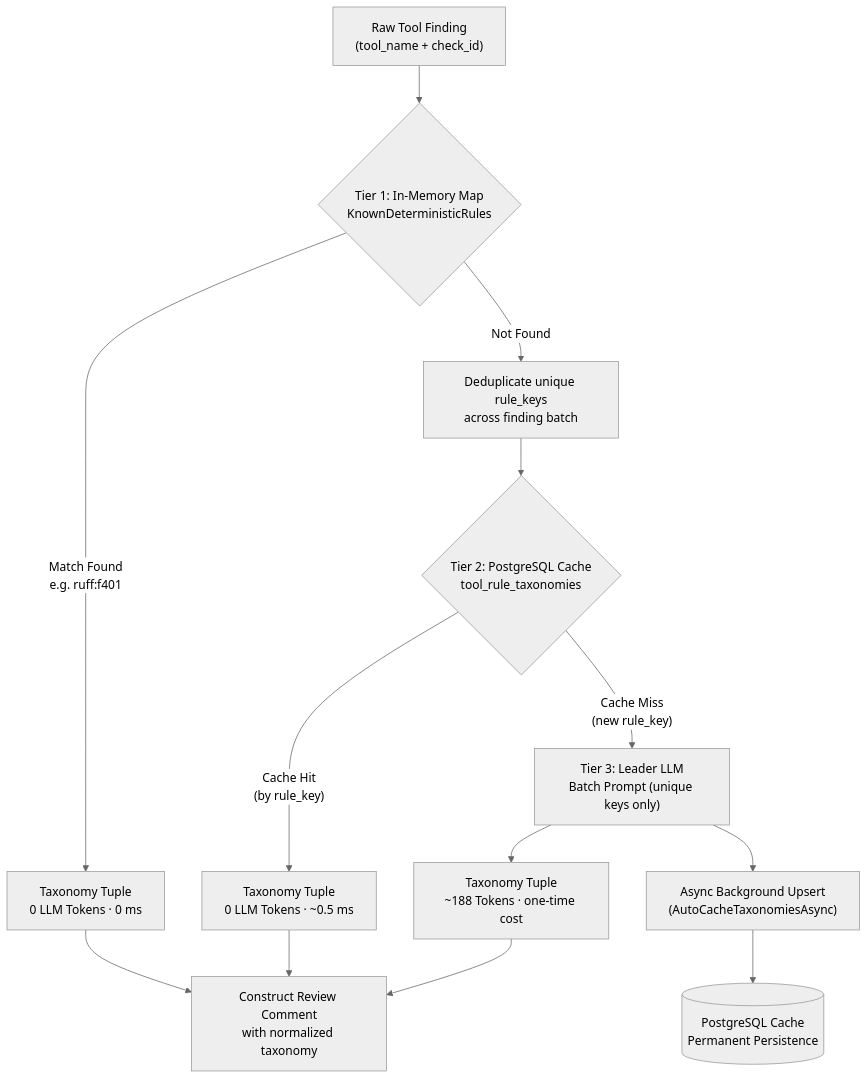
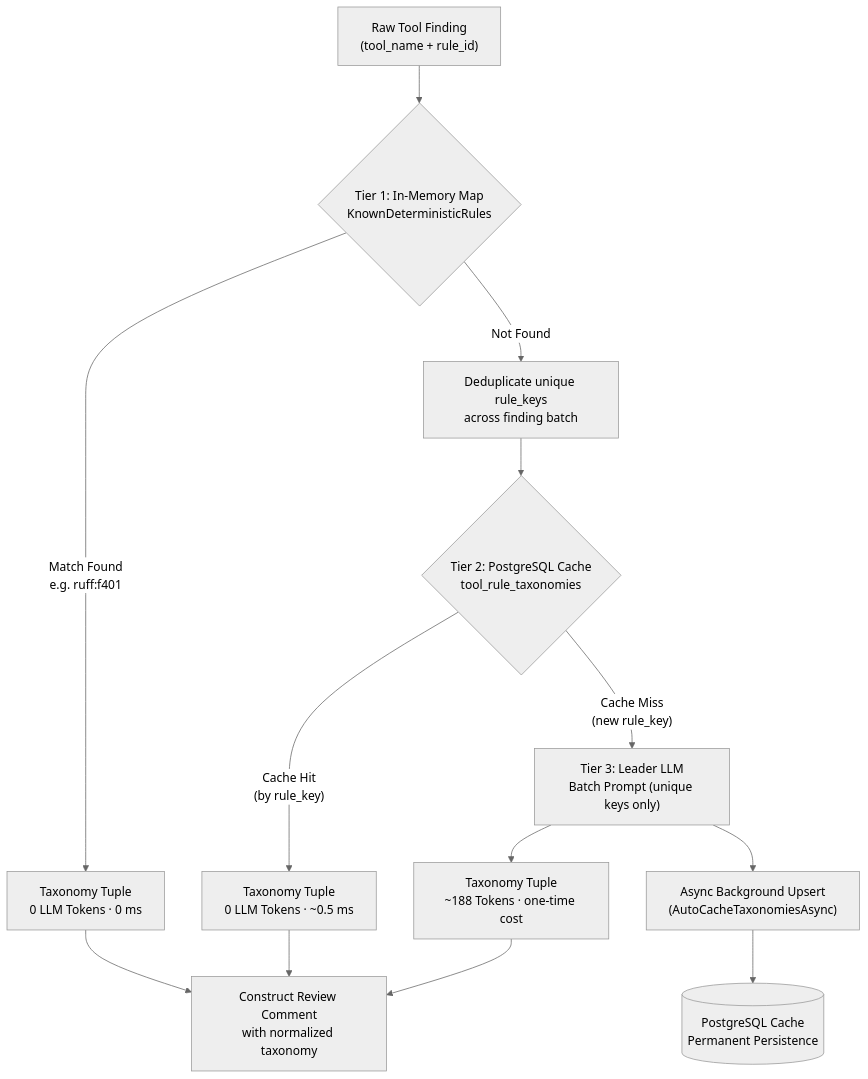
One commit to HexmosTech/LiveReview changed the second of 2 diagrams in docs/tools/tools-integration-beta.md. Above: the diagram before and after it, drawn with Mermaid (neutral theme). The commit also changed other lines of this file and 16 other files, not shown here.

Commit message:
Extract Tool Credit Reset from Plan Change Flow

````diff
--- a/docs/tools/tools-integration-beta.md
+++ b/docs/tools/tools-integration-beta.md
@@ -113,18 +113,18 @@
 ```mermaid
 flowchart TD
-    RAW["Raw Tool Finding<br/>(tool_name + check_id)"] --> TIER1{"Tier 1: In-Memory Map<br/>KnownDeterministicRules"}
+    RAW["Raw Tool Finding<br/>(tool_name + rule_id)"] --> TIER1{"Tier 1: In-Memory Map<br/>KnownDeterministicRules"}
 
     TIER1 -->|"Match Found<br/>e.g. ruff:f401"| DONE1["Taxonomy Tuple<br/>0 LLM Tokens · 0 ms"]
     TIER1 -->|"Not Found"| DEDUPE["Deduplicate unique rule_keys<br/>across finding batch"]
 
     DEDUPE --> TIER2{"Tier 2: PostgreSQL Cache<br/>tool_rule_taxonomies"}
 
     TIER2 -->|"Cache Hit<br/>(by rule_key)"| DONE2["Taxonomy Tuple<br/>0 LLM Tokens · ~0.5 ms"]
     TIER2 -->|"Cache Miss<br/>(new rule_key)"| TIER3["Tier 3: Leader LLM<br/>Batch Prompt (unique keys only)"]
 
     TIER3 --> ASYNC["Async Background Upsert<br/>(AutoCacheTaxonomiesAsync)"]
     ASYNC --> DB[("PostgreSQL Cache<br/>Permanent Persistence")]
     TIER3 --> DONE3["Taxonomy Tuple<br/>~188 Tokens · one-time cost"]
 
     DONE1 & DONE2 & DONE3 --> COMMENT["Construct Review Comment<br/>with normalized taxonomy"]
 ```
````
